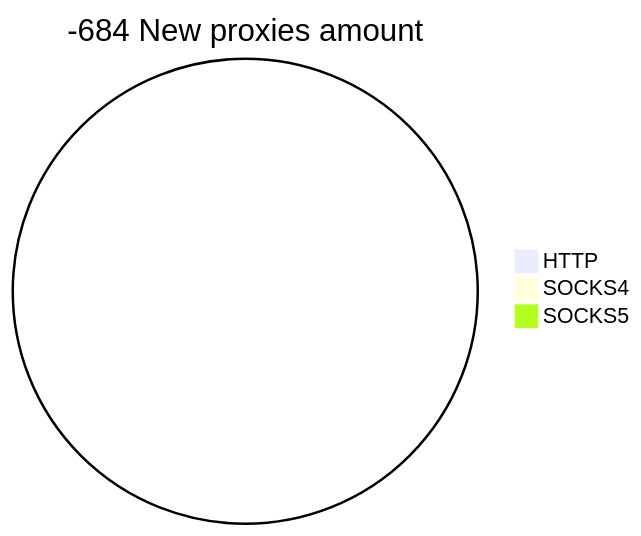
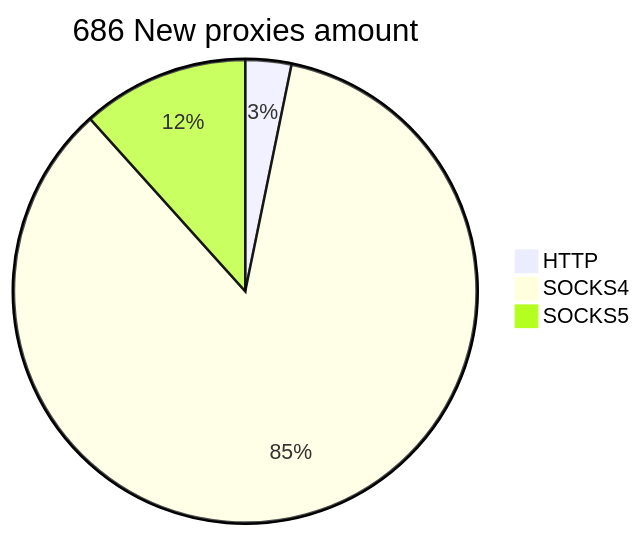
The second of 2 diagrams in README.md (cutipu/proxylist), drawn with Mermaid before and after one commit. The commit also changed other lines of this file, not shown here.

````diff
--- a/README.md
+++ b/README.md
@@ -10,6 +10,6 @@
 ```mermaid
-pie title -684 New proxies amount
-    "HTTP" : 0
-    "SOCKS4" : 0
-    "SOCKS5" : 0
+pie title 686 New proxies amount
+    "HTTP" : 22
+    "SOCKS4" : 584
+    "SOCKS5" : 80
 ```
````
